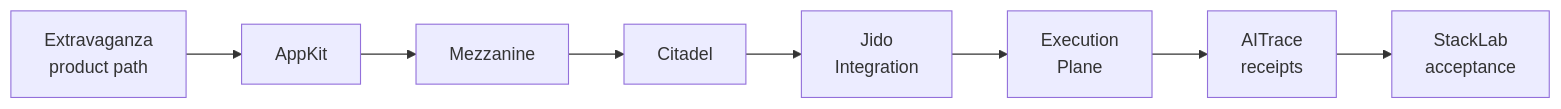
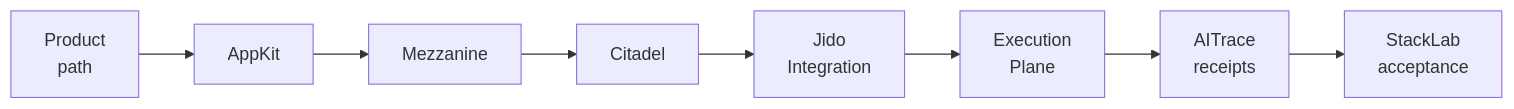
One commit to nshkrdotcom/stack_lab changed the second of 4 diagrams in README.md. Above: the diagram before and after it, drawn with Mermaid. The commit also changed other lines of this file, not shown here.

Commit message:
docs: expand README developer diagrams

````diff
--- a/README.md
+++ b/README.md
@@ -91,10 +91,10 @@
 ```mermaid
 flowchart LR
-  Product["Extravaganza<br/>product path"] --> AppKit["AppKit"]
+  Product["Product<br/>path"] --> AppKit["AppKit"]
   AppKit --> Mezzanine["Mezzanine"]
   Mezzanine --> Citadel["Citadel"]
   Citadel --> Jido["Jido<br/>Integration"]
   Jido --> Execution["Execution<br/>Plane"]
   Execution --> Trace["AITrace<br/>receipts"]
   Trace --> StackLab["StackLab<br/>acceptance"]
 ```
````
